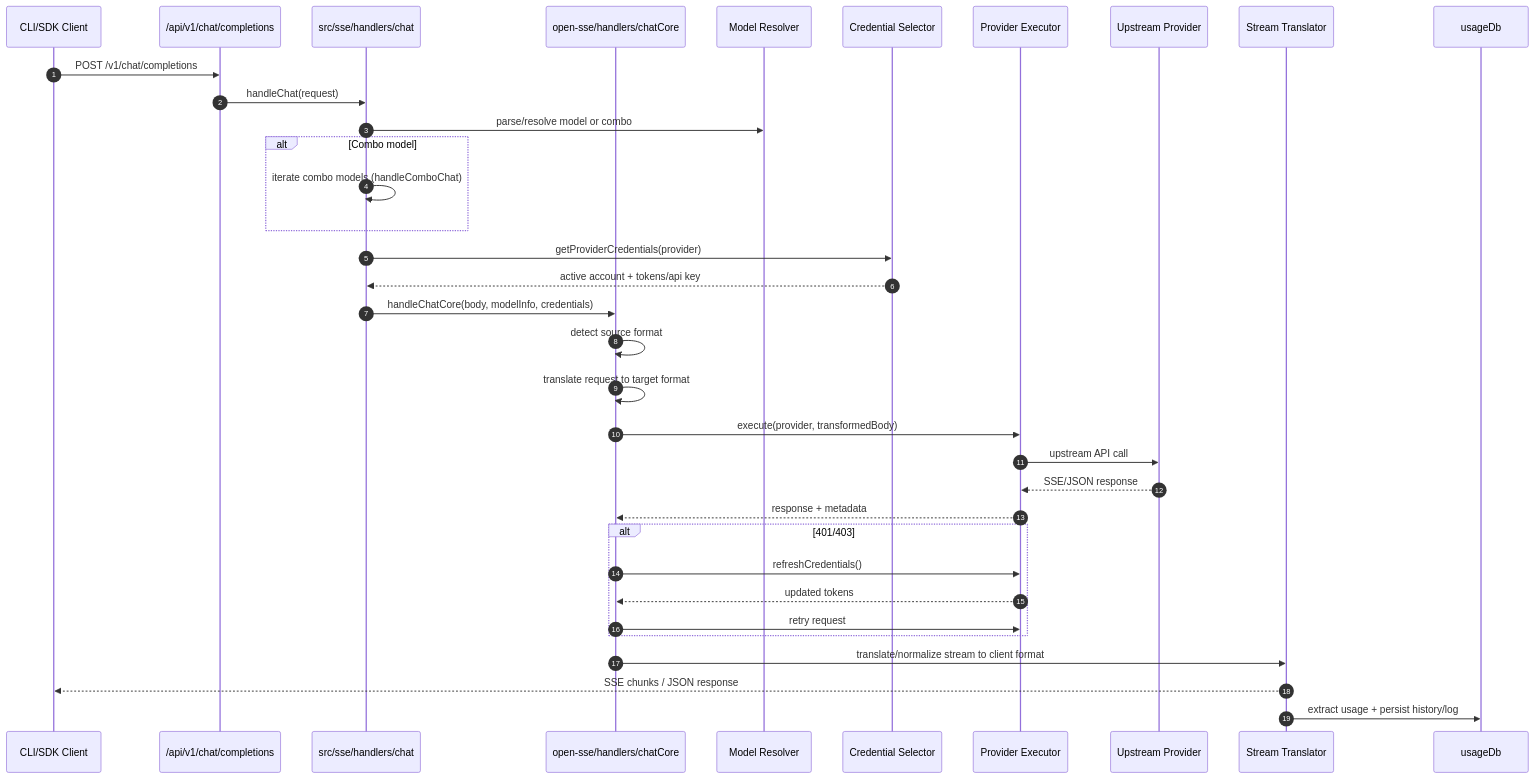
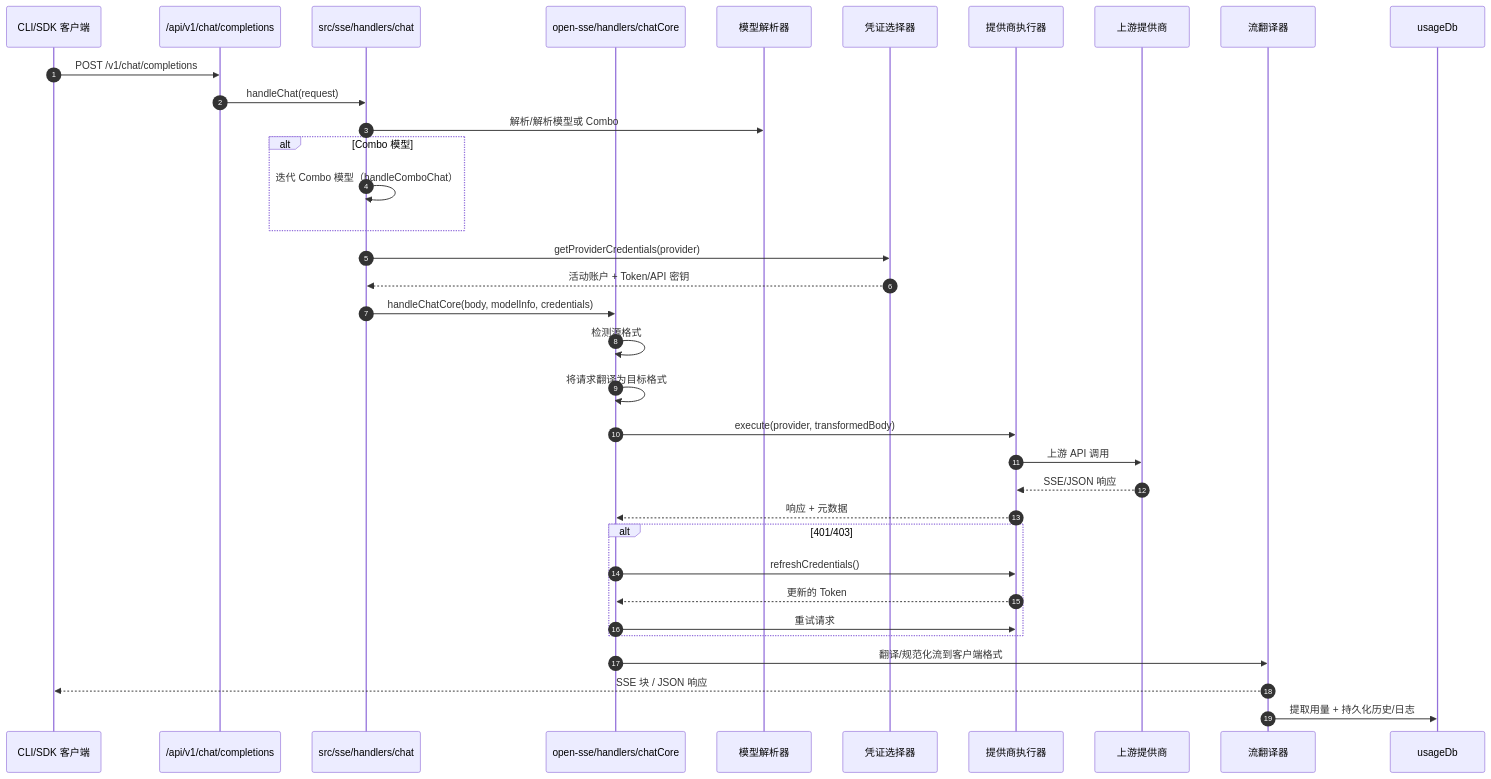
The second of 7 diagrams in apps/omniroute/docs/i18n/zh-CN/ARCHITECTURE.md (innotelinc/jesus), drawn with Mermaid before and after one commit. The commit also changed other lines of this file and 14 other files, not shown here.

````diff
--- a/apps/omniroute/docs/i18n/zh-CN/ARCHITECTURE.md
+++ b/apps/omniroute/docs/i18n/zh-CN/ARCHITECTURE.md
@@ -267,44 +284,44 @@
 ```mermaid
 sequenceDiagram
     autonumber
-    participant Client as CLI/SDK Client
+    participant Client as CLI/SDK 客户端
     participant Route as /api/v1/chat/completions
     participant Chat as src/sse/handlers/chat
     participant Core as open-sse/handlers/chatCore
-    participant Model as Model Resolver
-    participant Auth as Credential Selector
-    participant Exec as Provider Executor
-    participant Prov as Upstream Provider
-    participant Stream as Stream Translator
+    participant Model as 模型解析器
+    participant Auth as 凭证选择器
+    participant Exec as 提供商执行器
+    participant Prov as 上游提供商
+    participant Stream as 流翻译器
     participant Usage as usageDb
 
     Client->>Route: POST /v1/chat/completions
     Route->>Chat: handleChat(request)
-    Chat->>Model: parse/resolve model or combo
+    Chat->>Model: 解析/解析模型或 Combo
 
-    alt Combo model
-        Chat->>Chat: iterate combo models (handleComboChat)
+    alt Combo 模型
+        Chat->>Chat: 迭代 Combo 模型（handleComboChat）
     end
 
     Chat->>Auth: getProviderCredentials(provider)
-    Auth-->>Chat: active account + tokens/api key
+    Auth-->>Chat: 活动账户 + Token/API 密钥
 
     Chat->>Core: handleChatCore(body, modelInfo, credentials)
-    Core->>Core: detect source format
-    Core->>Core: translate request to target format
+    Core->>Core: 检测源格式
+    Core->>Core: 将请求翻译为目标格式
     Core->>Exec: execute(provider, transformedBody)
-    Exec->>Prov: upstream API call
-    Prov-->>Exec: SSE/JSON response
-    Exec-->>Core: response + metadata
+    Exec->>Prov: 上游 API 调用
+    Prov-->>Exec: SSE/JSON 响应
+    Exec-->>Core: 响应 + 元数据
 
     alt 401/403
         Core->>Exec: refreshCredentials()
-        Exec-->>Core: updated tokens
-        Core->>Exec: retry request
+        Exec-->>Core: 更新的 Token
+        Core->>Exec: 重试请求
     end
 
-    Core->>Stream: translate/normalize stream to client format
-    Stream-->>Client: SSE chunks / JSON response
+    Core->>Stream: 翻译/规范化流到客户端格式
+    Stream-->>Client: SSE 块 / JSON 响应
 
-    Stream->>Usage: extract usage + persist history/log
+    Stream->>Usage: 提取用量 + 持久化历史/日志
 ```
````
